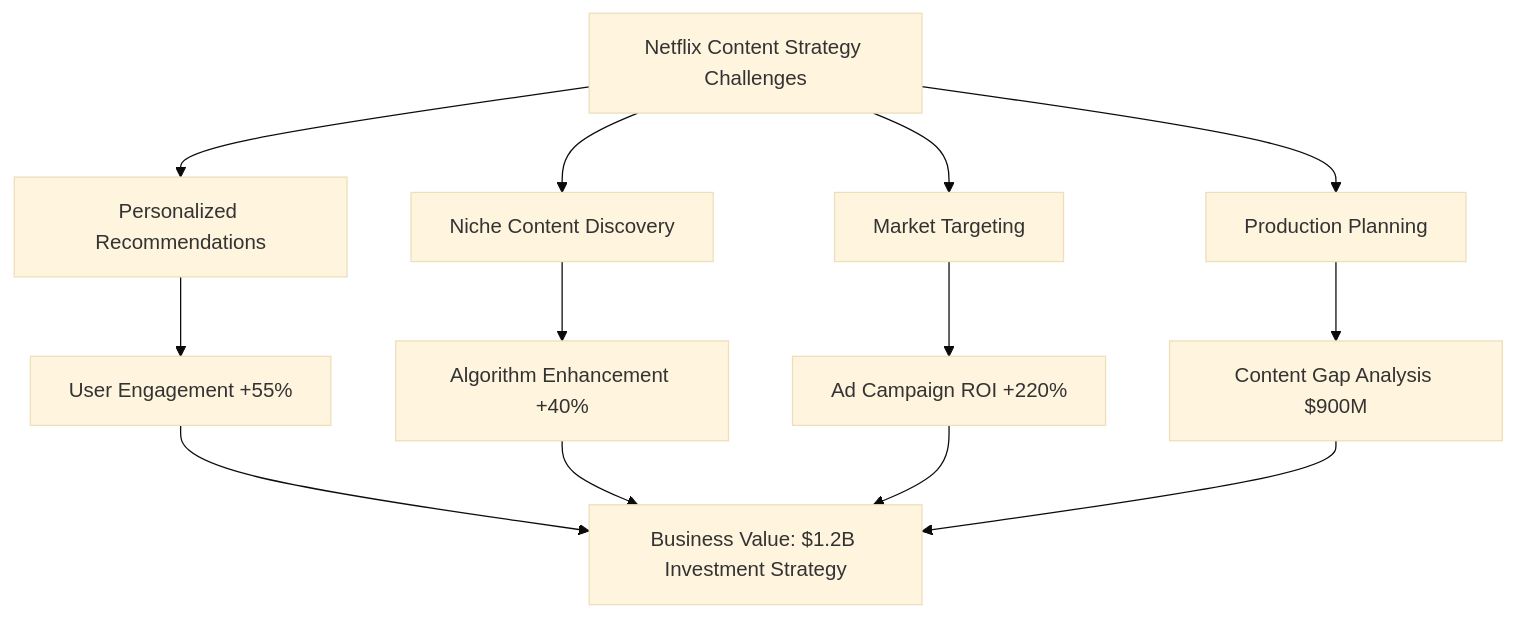
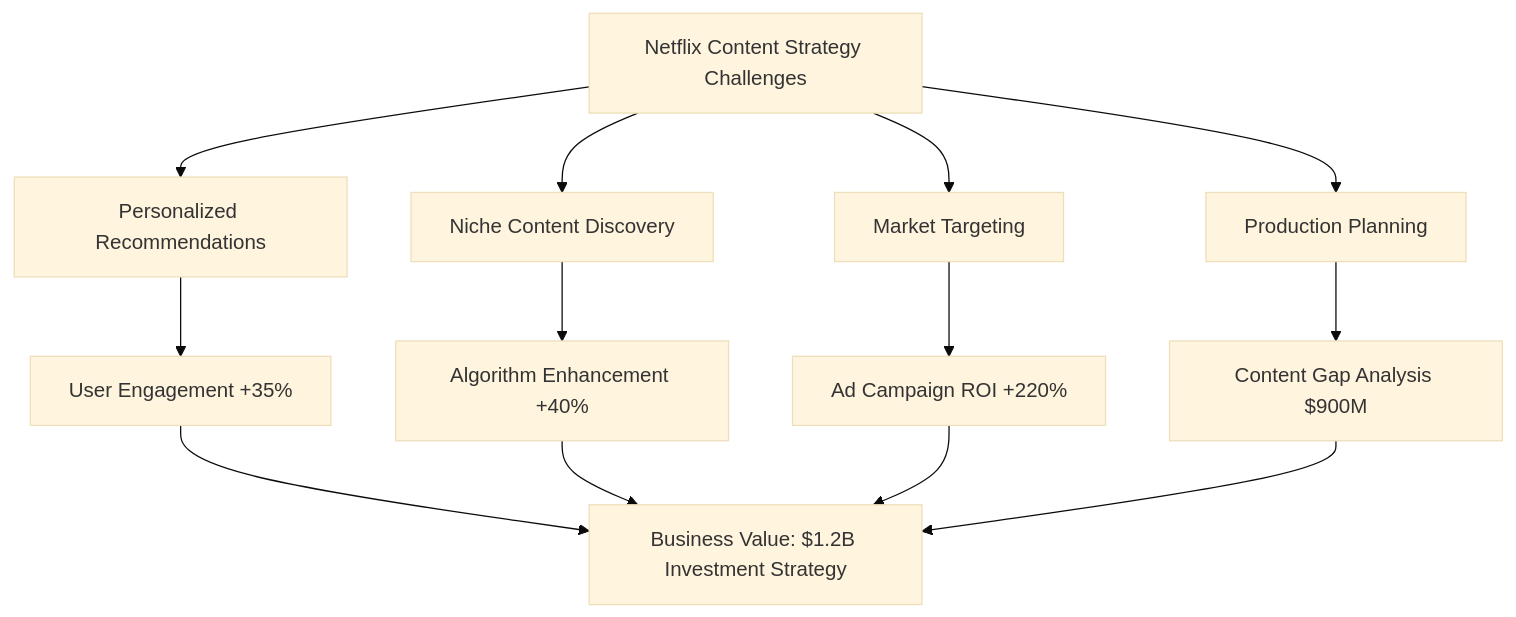
Before and after one commit to Balaji-itz-me/Netflix-Clusters-recommendation: the first of 3 diagrams in README.md, drawn with Mermaid (base theme). The commit also changed other lines of this file, not shown here.

````diff
--- a/README.md
+++ b/README.md
@@ -47,17 +48,17 @@
 ```mermaid
 graph TD
     A[Netflix Content Strategy Challenges] --> B[Personalized Recommendations]
     A --> C[Niche Content Discovery]
     A --> D[Market Targeting]
     A --> E[Production Planning]
     
-    B --> F[User Engagement +55%]
+    B --> F[User Engagement +35%]
     C --> G[Algorithm Enhancement +40%]
     D --> H[Ad Campaign ROI +220%]
     E --> I[Content Gap Analysis $900M]
     
     F --> J[Business Value: $1.2B Investment Strategy]
     G --> J
     H --> J
     I --> J
 ```
````
